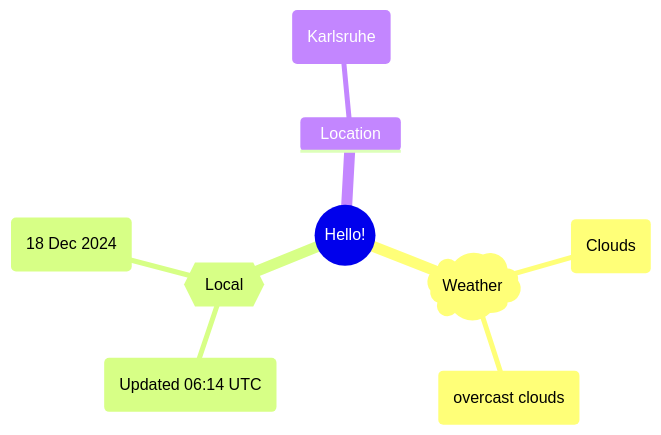
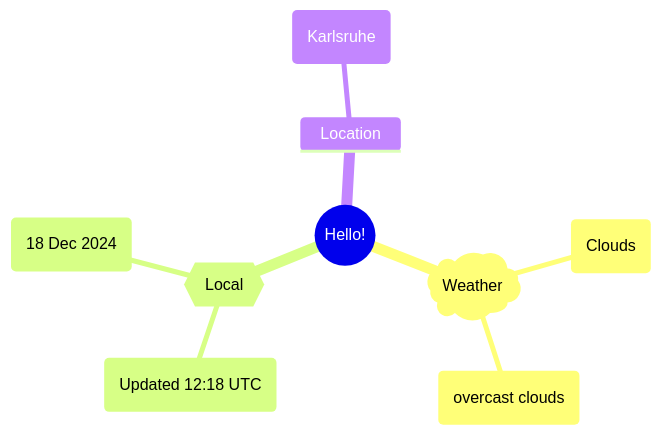
One commit to Xosrov/Xosrov changed the first of 2 diagrams in README.md. Above: the diagram before and after it, drawn with Mermaid.

Commit message:
[bot] updated images

````diff
--- a/README.md
+++ b/README.md
@@ -3,12 +3,12 @@
 ```mermaid
 mindmap
   root((Hello!))
     )Weather(
         (Clouds)
         (overcast clouds)
     {{Local}}
-        (Updated 06:14 UTC)
+        (Updated 12:18 UTC)
         (18 Dec 2024)
     Location
         (Karlsruhe)
 ```
````
